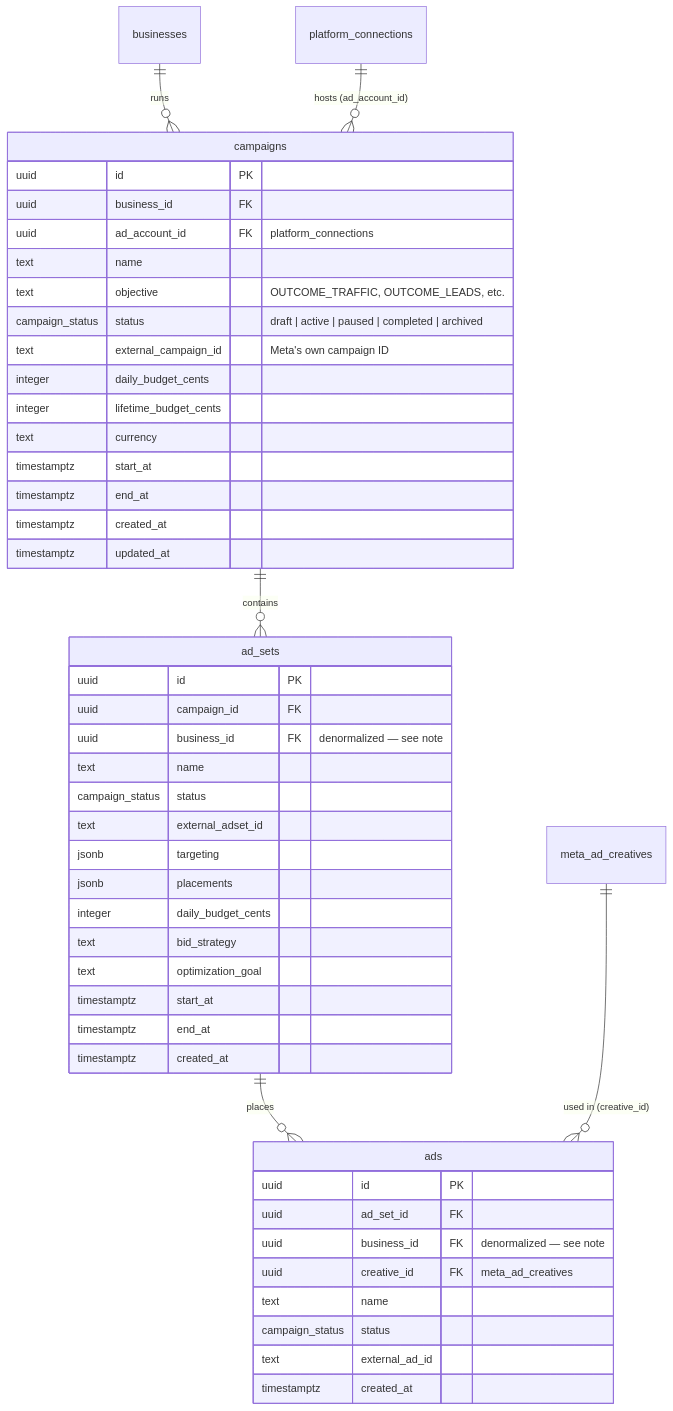
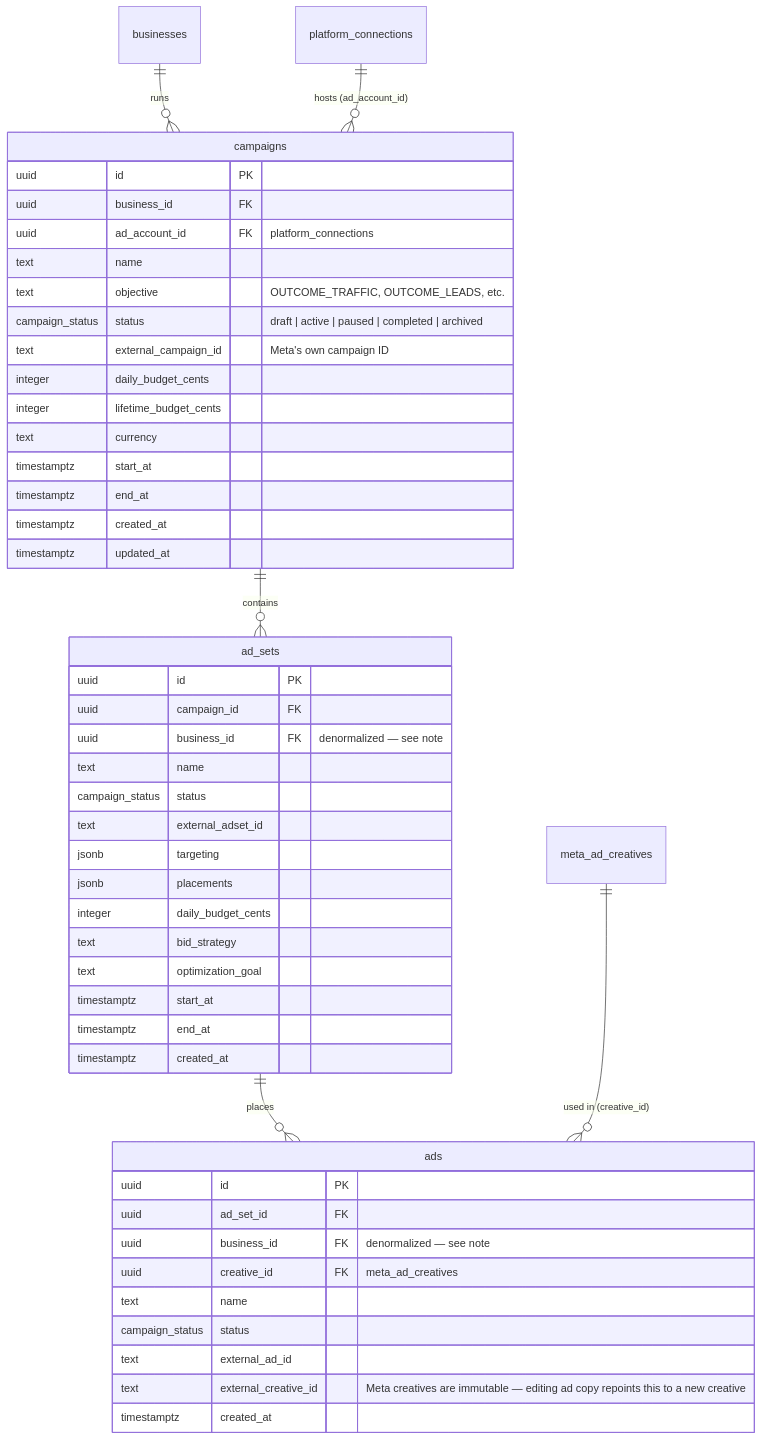
The fourth of 8 diagrams in docs/architecture/database_schema.md (Aumatic-AI/Kinetix), drawn with Mermaid before and after one commit. The commit also changed other lines of this file and 93 other files, not shown here.

````diff
--- a/docs/architecture/database_schema.md
+++ b/docs/architecture/database_schema.md
@@ -161,53 +161,54 @@
 ```mermaid
 erDiagram
     businesses ||--o{ campaigns : "runs"
     platform_connections ||--o{ campaigns : "hosts (ad_account_id)"
     campaigns ||--o{ ad_sets : "contains"
     ad_sets ||--o{ ads : "places"
     meta_ad_creatives ||--o{ ads : "used in (creative_id)"
 
     campaigns {
         uuid id PK
         uuid business_id FK
         uuid ad_account_id FK "platform_connections"
         text name
         text objective "OUTCOME_TRAFFIC, OUTCOME_LEADS, etc."
         campaign_status status "draft | active | paused | completed | archived"
         text external_campaign_id "Meta's own campaign ID"
         integer daily_budget_cents
         integer lifetime_budget_cents
         text currency
         timestamptz start_at
         timestamptz end_at
         timestamptz created_at
         timestamptz updated_at
     }
 
     ad_sets {
         uuid id PK
         uuid campaign_id FK
         uuid business_id FK "denormalized — see note"
         text name
         campaign_status status
         text external_adset_id
         jsonb targeting
         jsonb placements
         integer daily_budget_cents
         text bid_strategy
         text optimization_goal
         timestamptz start_at
         timestamptz end_at
         timestamptz created_at
     }
 
     ads {
         uuid id PK
         uuid ad_set_id FK
         uuid business_id FK "denormalized — see note"
         uuid creative_id FK "meta_ad_creatives"
         text name
         campaign_status status
         text external_ad_id
+        text external_creative_id "Meta creatives are immutable — editing ad copy repoints this to a new creative"
         timestamptz created_at
     }
 ```
````
